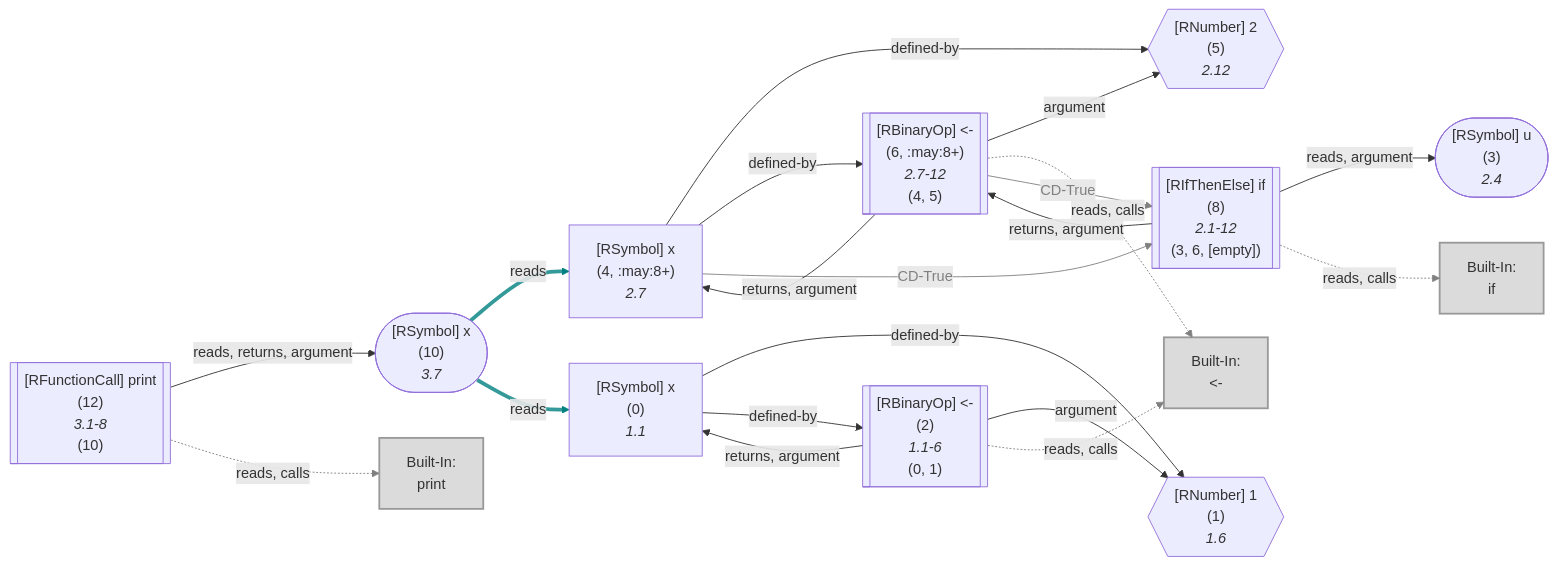
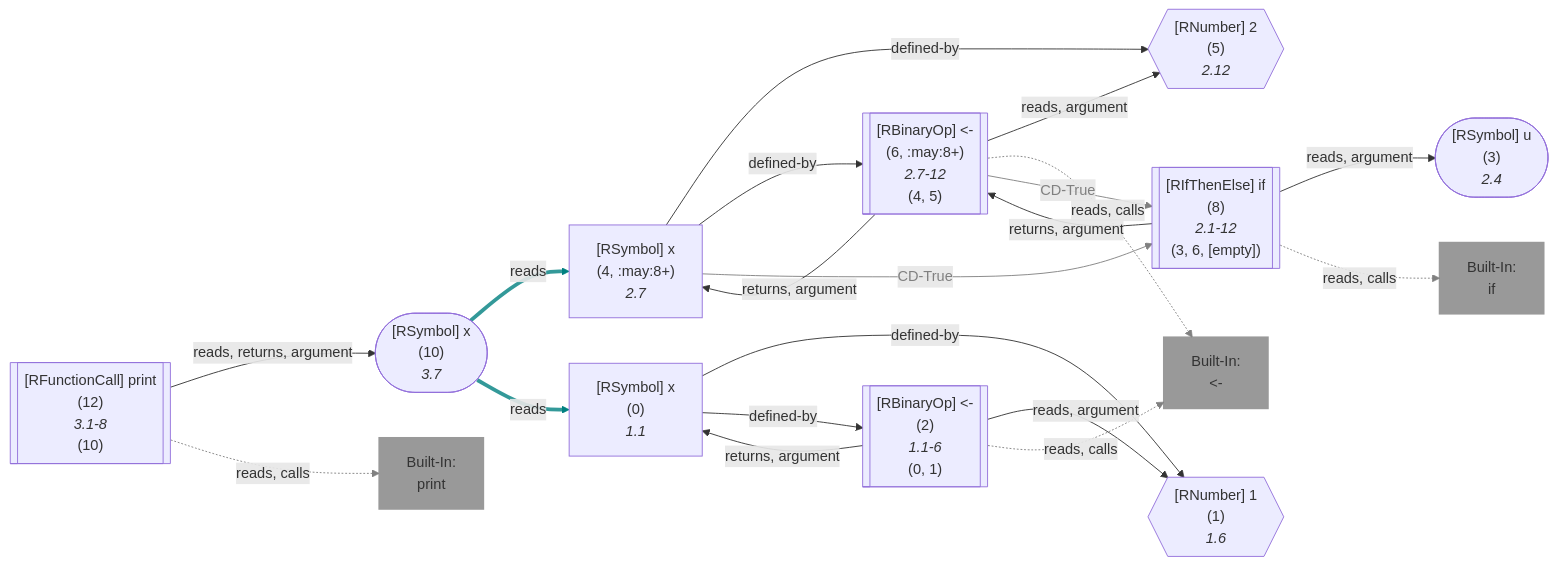
Before and after one commit to flowr-analysis/flowr: the ninth of 51 diagrams in wiki/Dataflow Graph.md, drawn with Mermaid. The commit also changed other lines of this file and 18 other files, not shown here.

````diff
--- a/wiki/Dataflow Graph.md
+++ b/wiki/Dataflow Graph.md
@@ -838,73 +840,73 @@
 ```mermaid
 flowchart LR
     1{{"`#91;RNumber#93; 1
       (1)
       *1.6*`"}}
     0["`#91;RSymbol#93; x
       (0)
       *1.1*`"]
     2[["`#91;RBinaryOp#93; #60;#45;
       (2)
       *1.1-6*
     (0, 1)`"]]
     built-in:_-["`Built-In:
 #60;#45;`"]
-    style built-in:_- stroke:gray,fill:lightgray,stroke-width:2px,opacity:.8;
+    style built-in:_- stroke:gray,fill:gray,stroke-width:2px,opacity:.8;
     3(["`#91;RSymbol#93; u
       (3)
       *2.4*`"])
     5{{"`#91;RNumber#93; 2
       (5)
       *2.12*`"}}
     4["`#91;RSymbol#93; x
       (4, :may:8+)
       *2.7*`"]
     6[["`#91;RBinaryOp#93; #60;#45;
       (6, :may:8+)
       *2.7-12*
     (4, 5)`"]]
     8[["`#91;RIfThenElse#93; if
       (8)
       *2.1-12*
     (3, 6, [empty])`"]]
     built-in:if["`Built-In:
 if`"]
-    style built-in:if stroke:gray,fill:lightgray,stroke-width:2px,opacity:.8;
+    style built-in:if stroke:gray,fill:gray,stroke-width:2px,opacity:.8;
     10(["`#91;RSymbol#93; x
       (10)
       *3.7*`"])
     12[["`#91;RFunctionCall#93; print
       (12)
       *3.1-8*
     (10)`"]]
     built-in:print["`Built-In:
 print`"]
-    style built-in:print stroke:gray,fill:lightgray,stroke-width:2px,opacity:.8;
+    style built-in:print stroke:gray,fill:gray,stroke-width:2px,opacity:.8;
     0 -->|"defined-by"| 1
     0 -->|"defined-by"| 2
-    2 -->|"argument"| 1
+    2 -->|"reads, argument"| 1
     2 -->|"returns, argument"| 0
     2 -.->|"reads, calls"| built-in:_-
     linkStyle 4 stroke:gray;
     4 -->|"defined-by"| 5
     4 -->|"defined-by"| 6
     4 -->|"CD-True"| 8
     linkStyle 7 stroke:gray,color:gray;
-    6 -->|"argument"| 5
+    6 -->|"reads, argument"| 5
     6 -->|"returns, argument"| 4
     6 -.->|"reads, calls"| built-in:_-
     linkStyle 10 stroke:gray;
     6 -->|"CD-True"| 8
     linkStyle 11 stroke:gray,color:gray;
     8 -->|"returns, argument"| 6
     8 -->|"reads, argument"| 3
     8 -.->|"reads, calls"| built-in:if
     linkStyle 14 stroke:gray;
     10 -->|"reads"| 4
     linkStyle 15 stroke:teal,stroke-width:4.2px,stroke-opacity:.8
     10 -->|"reads"| 0
     linkStyle 16 stroke:teal,stroke-width:4.2px,stroke-opacity:.8
     12 -->|"reads, returns, argument"| 10
     12 -.->|"reads, calls"| built-in:print
     linkStyle 18 stroke:gray;
 ```
````
